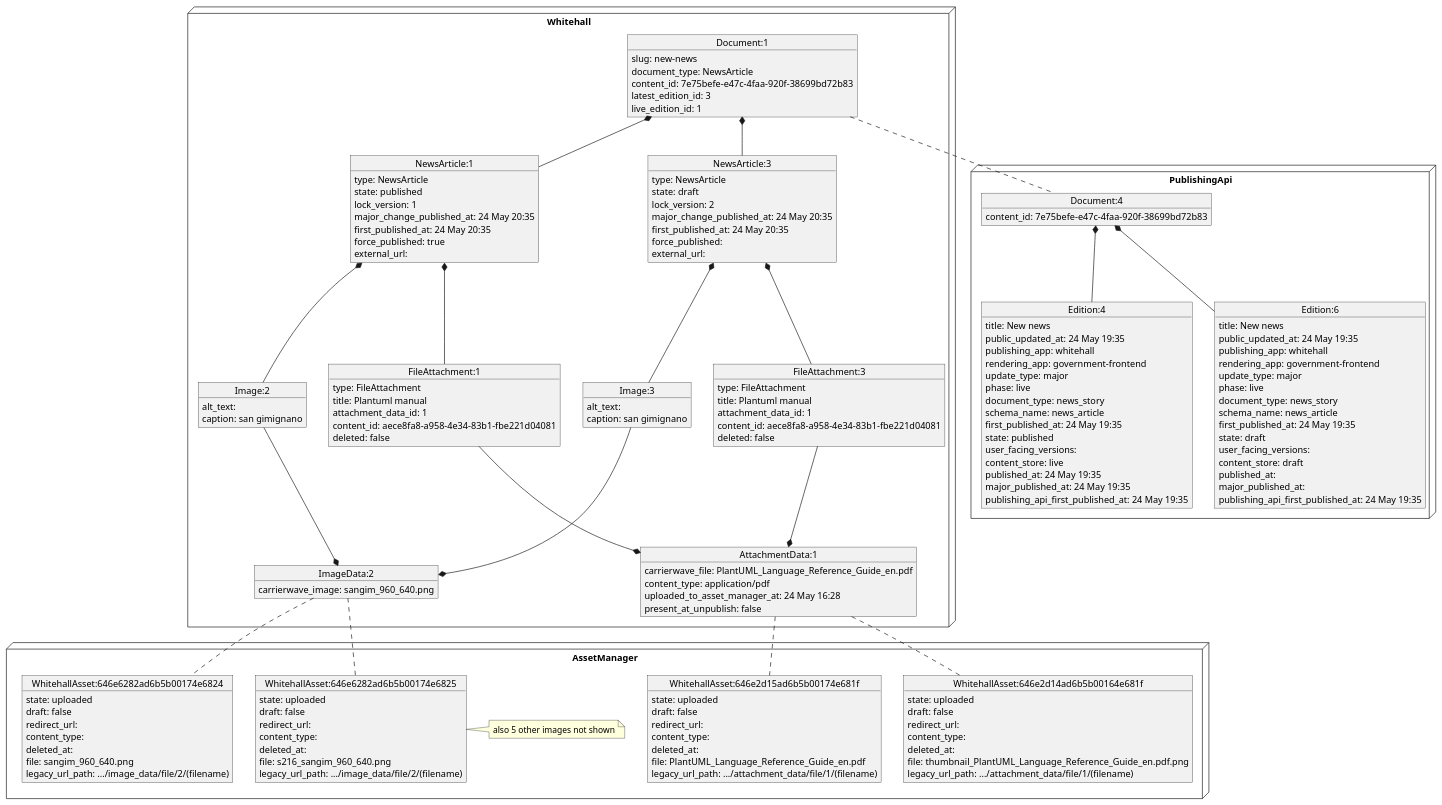
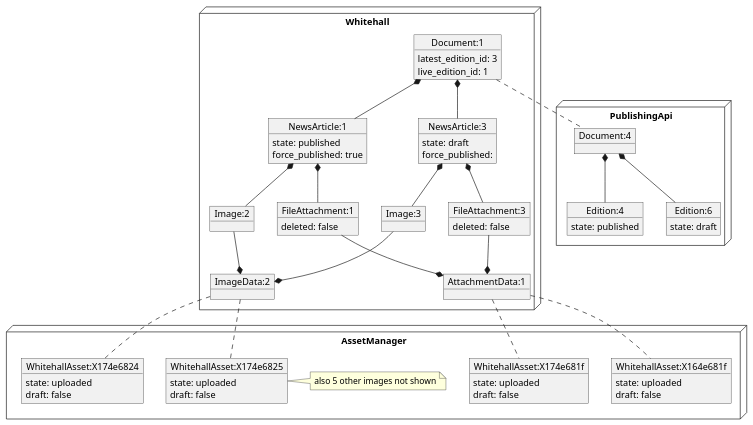
The diagram in docs/diagrams/asset_management/asset_scenarios/superceding/9_new_draft_saved.puml (alphagov/whitehall), drawn with PlantUML before and after one commit. The commit also changed 32 other files, not shown here.

First line of the commit message:
Added markdown and plantuml docs for asset state change scenarios

```diff
--- a/docs/diagrams/asset_management/asset_scenarios/superceding/9_new_draft_saved.puml
+++ b/docs/diagrams/asset_management/asset_scenarios/superceding/9_new_draft_saved.puml
@@ -1,165 +1,86 @@
 @startuml
 node Whitehall {
 object "Document:1" as Document_1 {
-  slug: new-news
-  document_type: NewsArticle
-  content_id: 7e75befe-e47c-4faa-920f-38699bd72b83
   latest_edition_id: 3
   live_edition_id: 1
 }
 together {
 object "NewsArticle:1" as NewsArticle_1 {
-  type: NewsArticle
   state: published
-  lock_version: 1
-  major_change_published_at: 24 May 20:35
-  first_published_at: 24 May 20:35
   force_published: true
-  external_url:
 }
 Document_1 *-- NewsArticle_1
 object "FileAttachment:1" as FileAttachment_1 {
-  type: FileAttachment
-  title: Plantuml manual
-  attachment_data_id: 1
-  content_id: aece8fa8-a958-4e34-83b1-fbe221d04081
   deleted: false
 }
 NewsArticle_1 *-- FileAttachment_1
 object "Image:2" as Image_2 {
-  alt_text:
-  caption: san gimignano
 }
 NewsArticle_1 *-- Image_2
 }
 together {
 object "NewsArticle:3" as NewsArticle_3 {
-  type: NewsArticle
   state: draft
-  lock_version: 2
-  major_change_published_at: 24 May 20:35
-  first_published_at: 24 May 20:35
   force_published:
-  external_url:
 }
 Document_1 *-- NewsArticle_3
 object "FileAttachment:3" as FileAttachment_3 {
-  type: FileAttachment
-  title: Plantuml manual
-  attachment_data_id: 1
-  content_id: aece8fa8-a958-4e34-83b1-fbe221d04081
   deleted: false
 }
 NewsArticle_3 *-- FileAttachment_3
 object "Image:3" as Image_3 {
-  alt_text:
-  caption: san gimignano
 }
 NewsArticle_3 *-- Image_3
 }
 object "AttachmentData:1" as AttachmentData_1 {
-  carrierwave_file: PlantUML_Language_Reference_Guide_en.pdf
-  content_type: application/pdf
-  uploaded_to_asset_manager_at: 24 May 16:28
-  present_at_unpublish: false
 }
 AttachmentData_1 *-u- FileAttachment_1
 AttachmentData_1 *-u- FileAttachment_3
 object "ImageData:2" as ImageData_2 {
-  carrierwave_image: sangim_960_640.png
 }
 ImageData_2 *-u- Image_2
 ImageData_2 *-u- Image_3
 }
 node PublishingApi {
 object "Document:4" as pubapi_Document_4 {
-  content_id: 7e75befe-e47c-4faa-920f-38699bd72b83
 }
 object "Edition:4" as pubapi_Edition_4 {
-  title: New news
-  public_updated_at: 24 May 19:35
-  publishing_app: whitehall
-  rendering_app: government-frontend
-  update_type: major
-  phase: live
-  document_type: news_story
-  schema_name: news_article
-  first_published_at: 24 May 19:35
   state: published
-  user_facing_versions:
-  content_store: live
-  published_at: 24 May 19:35
-  major_published_at: 24 May 19:35
-  publishing_api_first_published_at: 24 May 19:35
 }
 pubapi_Document_4 *-- pubapi_Edition_4
 object "Edition:6" as pubapi_Edition_6 {
-  title: New news
-  public_updated_at: 24 May 19:35
-  publishing_app: whitehall
-  rendering_app: government-frontend
-  update_type: major
-  phase: live
-  document_type: news_story
-  schema_name: news_article
-  first_published_at: 24 May 19:35
   state: draft
-  user_facing_versions:
-  content_store: draft
-  published_at:
-  major_published_at:
-  publishing_api_first_published_at: 24 May 19:35
 }
 pubapi_Document_4 *-- pubapi_Edition_6
 }
 node AssetManager {
 together {
-object "WhitehallAsset:646e2d14ad6b5b00164e681f" as am_WhitehallAsset_646e2d14ad6b5b00164e681f {
+object "WhitehallAsset:X164e681f" as am_WhitehallAsset_X164e681f {
   state: uploaded
   draft: false
-  redirect_url:
-  content_type:
-  deleted_at:
-  file: thumbnail_PlantUML_Language_Reference_Guide_en.pdf.png
-  legacy_url_path: .../attachment_data/file/1/(filename)
 }
-object "WhitehallAsset:646e2d15ad6b5b00174e681f" as am_WhitehallAsset_646e2d15ad6b5b00174e681f {
+object "WhitehallAsset:X174e681f" as am_WhitehallAsset_X174e681f {
   state: uploaded
   draft: false
-  redirect_url:
-  content_type:
-  deleted_at:
-  file: PlantUML_Language_Reference_Guide_en.pdf
-  legacy_url_path: .../attachment_data/file/1/(filename)
 }
 }
 together {
-object "WhitehallAsset:646e6282ad6b5b00174e6824" as am_WhitehallAsset_646e6282ad6b5b00174e6824 {
+object "WhitehallAsset:X174e6824" as am_WhitehallAsset_X174e6824 {
   state: uploaded
   draft: false
-  redirect_url:
-  content_type:
-  deleted_at:
-  file: sangim_960_640.png
-  legacy_url_path: .../image_data/file/2/(filename)
 }
-object "WhitehallAsset:646e6282ad6b5b00174e6825" as am_WhitehallAsset_646e6282ad6b5b00174e6825 {
+object "WhitehallAsset:X174e6825" as am_WhitehallAsset_X174e6825 {
   state: uploaded
   draft: false
-  redirect_url:
-  content_type:
-  deleted_at:
-  file: s216_sangim_960_640.png
-  legacy_url_path: .../image_data/file/2/(filename)
 }
 note right
  also 5 other images not shown
 end note
 }
 }
 Document_1 .. pubapi_Document_4
-AttachmentData_1 .. am_WhitehallAsset_646e2d14ad6b5b00164e681f
-AttachmentData_1 .. am_WhitehallAsset_646e2d15ad6b5b00174e681f
-ImageData_2 .. am_WhitehallAsset_646e6282ad6b5b00174e6824
-ImageData_2 .. am_WhitehallAsset_646e6282ad6b5b00174e6825
+AttachmentData_1 .. am_WhitehallAsset_X164e681f
+AttachmentData_1 .. am_WhitehallAsset_X174e681f
+ImageData_2 .. am_WhitehallAsset_X174e6824
+ImageData_2 .. am_WhitehallAsset_X174e6825
 @enduml
```
